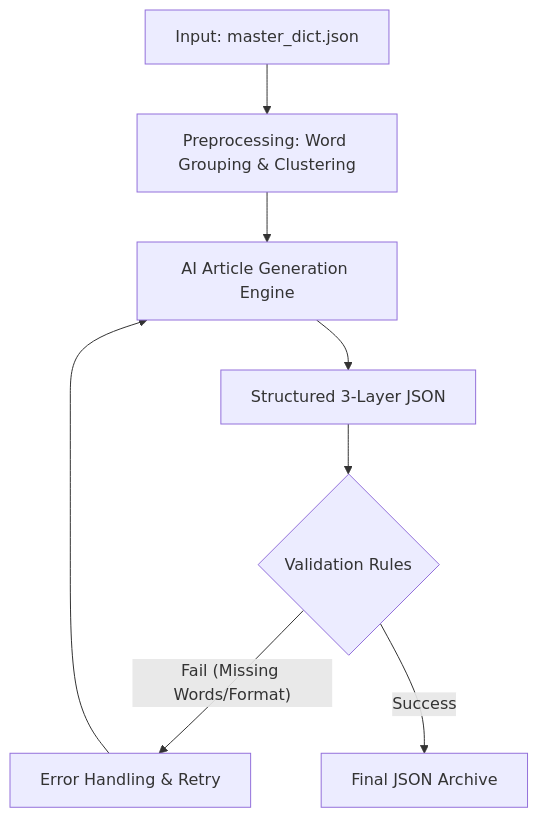
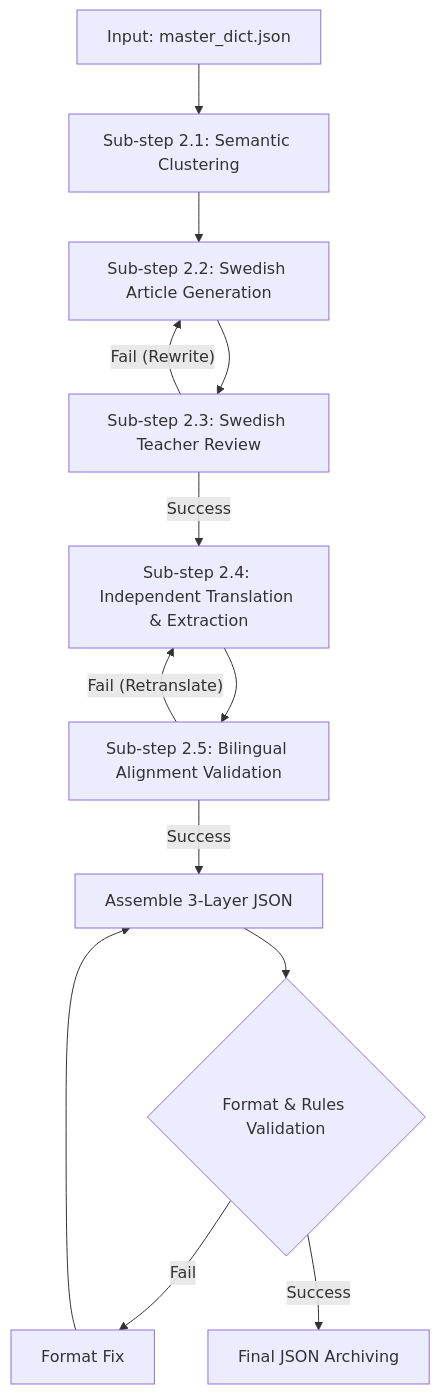
One commit to biogerm/language-learner changed the diagram in docs/SPEC_02_ARTICLE_GENERATION.md. Above: the diagram before and after it, drawn with Mermaid. The commit also changed other lines of this file, not shown here.

````diff
--- a/docs/SPEC_02_ARTICLE_GENERATION.md
+++ b/docs/SPEC_02_ARTICLE_GENERATION.md
@@ -18,10 +20,15 @@
 ```mermaid
 graph TD
-    A[Input: master_dict.json] --> B[Preprocessing: Word Grouping & Clustering]
-    B --> C[AI Article Generation Engine]
-    C --> D[Structured 3-Layer JSON]
-    D --> E{Validation Rules}
-    E -- Fail (Missing Words/Format) --> F[Error Handling & Retry]
-    F --> C
-    E -- Success --> G[Final JSON Archive]
+    A[Input: master_dict.json] --> B[Sub-step 2.1: Semantic Clustering]
+    B --> C[Sub-step 2.2: Swedish Article Generation]
+    C --> G[Sub-step 2.3: Swedish Teacher Review]
+    G -- Fail (Rewrite) --> C
+    G -- Success --> H[Sub-step 2.4: Independent Translation & Extraction]
+    H --> I[Sub-step 2.5: Bilingual Alignment Validation]
+    I -- Fail (Retranslate) --> H
+    I -- Success --> D[Assemble 3-Layer JSON]
+    D --> E{Format & Rules Validation}
+    E -- Fail --> F[Format Fix]
+    F --> D
+    E -- Success --> J[Final JSON Archiving]
 ```
````
